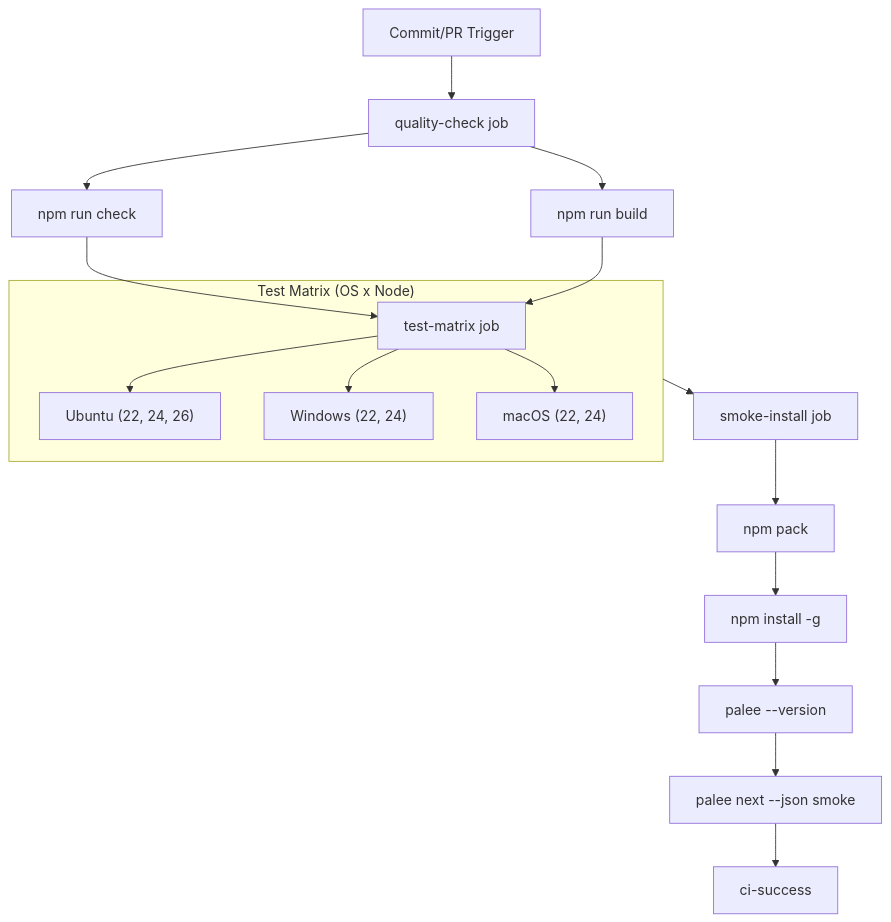
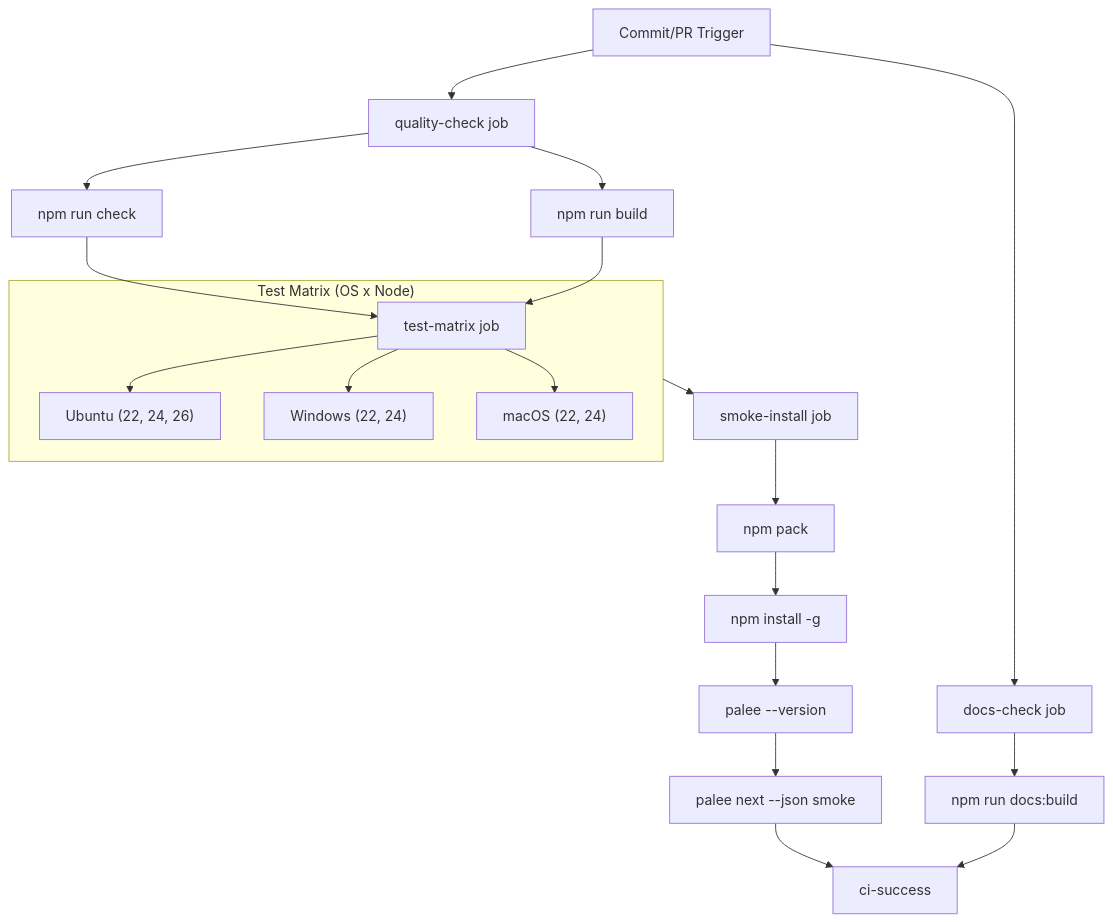
The first of 2 diagrams in docs/07-1-continuous-integration.md (Kuldeep2822k/cli), drawn with Mermaid before and after one commit. The commit also changed other lines of this file and 78 other files, not shown here.

````diff
--- a/docs/07-1-continuous-integration.md
+++ b/docs/07-1-continuous-integration.md
@@ -101,33 +105,38 @@
 ```mermaid
 flowchart TD
     Trigger["Commit/PR Trigger"]
     QC["quality-check job"]
     Lint["npm run check"]
     Build["npm run build"]
+    DC["docs-check job"]
+    DocsBuild["npm run docs:build"]
     SI["smoke-install job"]
     Pack["npm pack"]
     GlobalInstall["npm install -g"]
     VersionCheck["palee --version"]
     SmokeCmd["palee next --json smoke"]
     Success["ci-success"]
     subgraph Matrix ["Test Matrix (OS x Node)"]
         TM["test-matrix job"]
         Linux["Ubuntu (22, 24, 26)"]
         Win["Windows (22, 24)"]
         Mac["macOS (22, 24)"]
     end
     Trigger --> QC
     QC --> Lint
     QC --> Build
+    Trigger --> DC
+    DC --> DocsBuild
+    DocsBuild --> Success
     Lint --> TM
     Build --> TM
     TM --> Linux
     TM --> Win
     TM --> Mac
     SI --> Pack
     Pack --> GlobalInstall
     GlobalInstall --> VersionCheck
     VersionCheck --> SmokeCmd
     SmokeCmd --> Success
     Matrix --> SI
 ```
````
